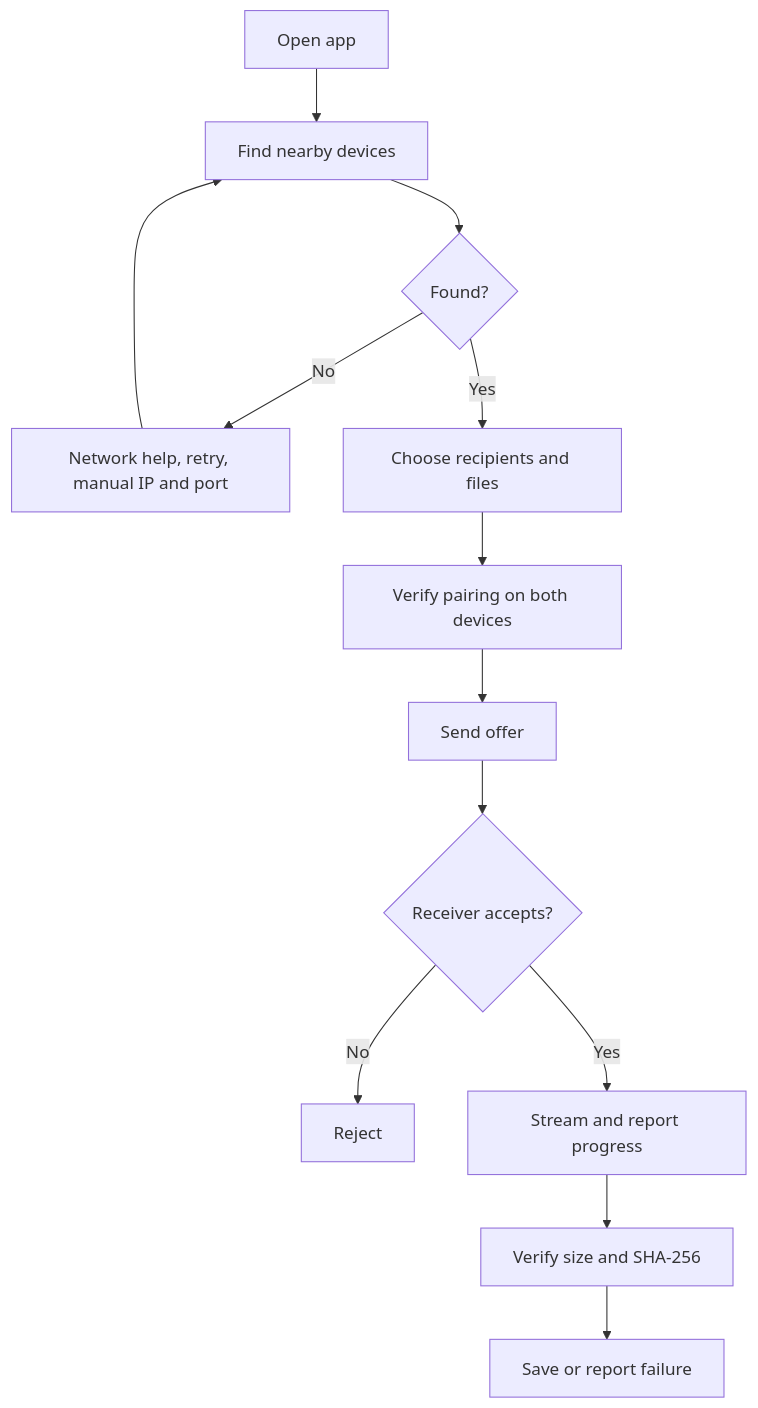
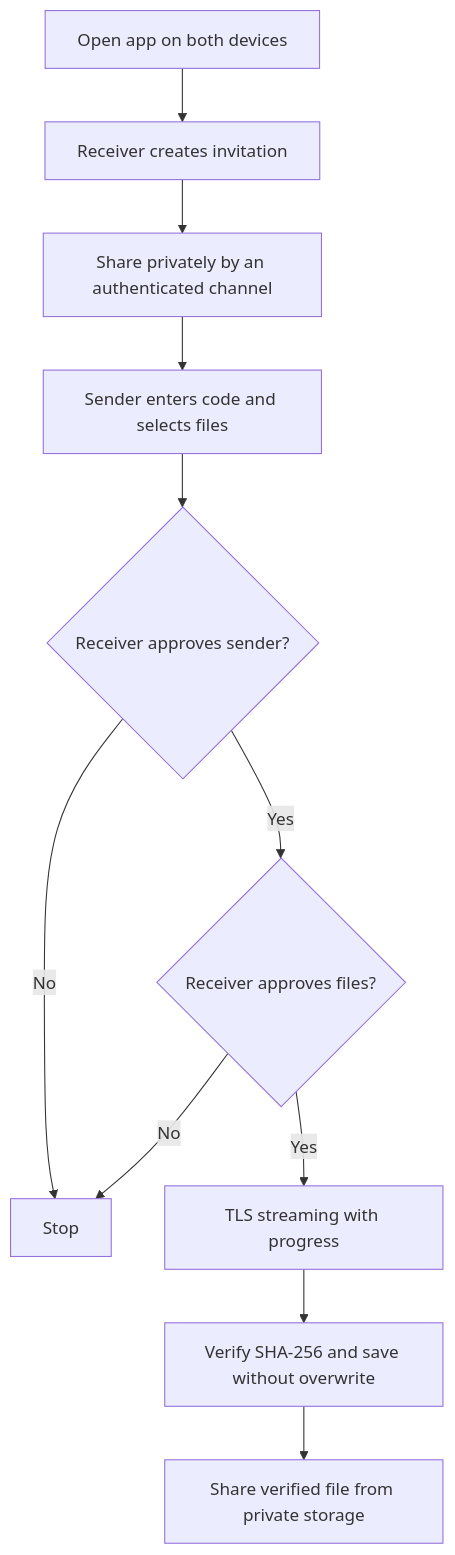
One commit to godrich-hk/netconnect changed the second of 2 diagrams in docs/ARCHITECTURE.md. Above: the diagram before and after it, drawn with Mermaid. The commit also changed other lines of this file and 6 other files, not shown here.

````diff
--- a/docs/ARCHITECTURE.md
+++ b/docs/ARCHITECTURE.md
@@ -22,15 +22,13 @@
 ```mermaid
 flowchart TD
-  START["Open app"] --> DISC["Find nearby devices"]
-  DISC --> FOUND{"Found?"}
-  FOUND -- No --> HELP["Network help, retry, manual IP and port"]
-  HELP --> DISC
-  FOUND -- Yes --> SELECT["Choose recipients and files"]
-  SELECT --> PAIR["Verify pairing on both devices"]
-  PAIR --> OFFER["Send offer"]
-  OFFER --> APPROVE{"Receiver accepts?"}
-  APPROVE -- No --> REJECT["Reject"]
-  APPROVE -- Yes --> STREAM["Stream and report progress"]
-  STREAM --> VERIFY["Verify size and SHA-256"]
-  VERIFY --> DONE["Save or report failure"]
+ START["Open app on both devices"] --> CODE["Receiver creates invitation"]
+ CODE --> SHARE["Share privately by an authenticated channel"]
+ SHARE --> ENTER["Sender enters code and selects files"]
+ ENTER --> PAIR{"Receiver approves sender?"}
+ PAIR -- No --> REJECT["Stop"]
+ PAIR -- Yes --> OFFER{"Receiver approves files?"}
+ OFFER -- No --> REJECT
+ OFFER -- Yes --> STREAM["TLS streaming with progress"]
+ STREAM --> VERIFY["Verify SHA-256 and save without overwrite"]
+ VERIFY --> DONE["Share verified file from private storage"]
 ```
````
